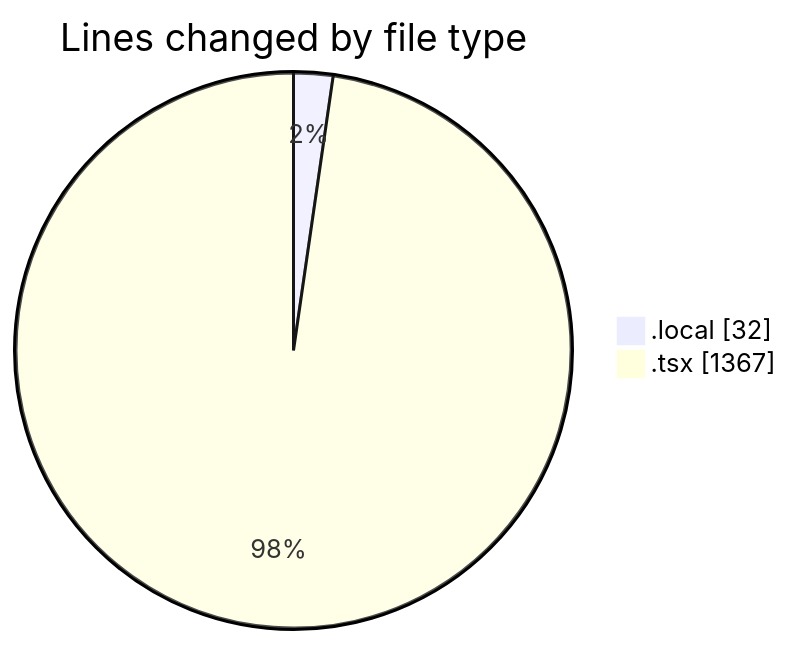
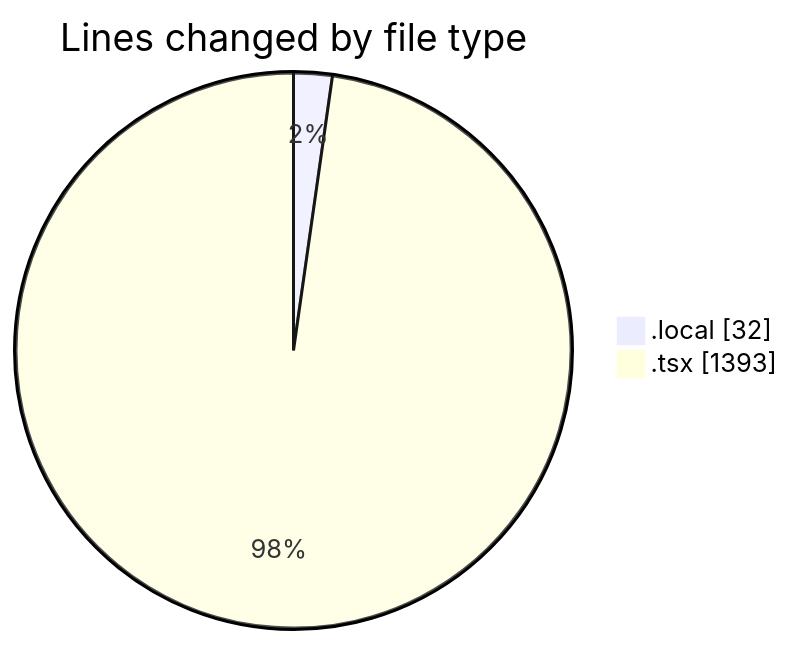
One commit to julien-gomy/code-tracking changed the first of 2 diagrams in 2025-10-13/frontend-cms/README.md. Above: the diagram before and after it, drawn with Mermaid. The commit also changed other lines of this file and 1 other file, not shown here.

````diff
--- a/2025-10-13/frontend-cms/README.md
+++ b/2025-10-13/frontend-cms/README.md
@@ -22,6 +22,6 @@
 ```mermaid
 pie showData
 title Lines changed by file type
 ".local" : 32
-".tsx" : 1367
+".tsx" : 1393
 ```
````
